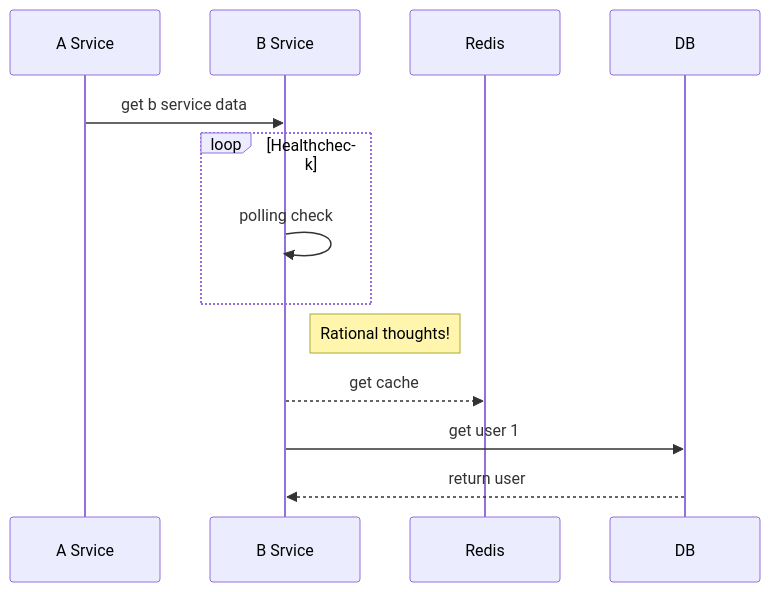
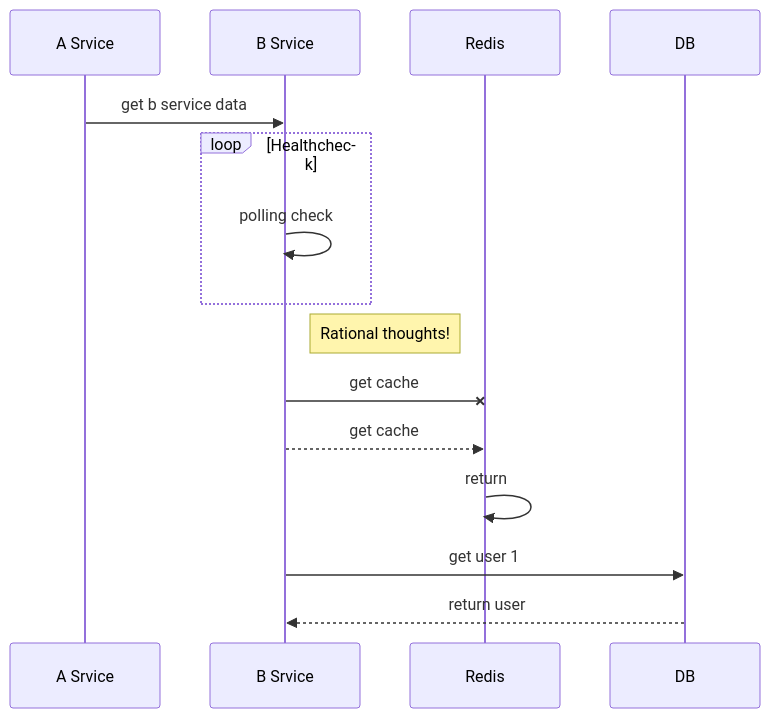
Before and after one commit to angelo0217/note_knowlage: the third of 4 diagrams in FlowSample.md, drawn with Mermaid.

Commit message:
add chat sample

````diff
--- a/FlowSample.md
+++ b/FlowSample.md
@@ -22,11 +22,13 @@
 ```mermaid
 sequenceDiagram
   A Srvice->>B Srvice: get b service data
   loop Healthcheck
       B Srvice->>B Srvice: polling check
   end
   Note right of B Srvice: Rational thoughts!
+  B Srvice-xRedis: get cache
   B Srvice-->>Redis: get cache
+  Redis ->> Redis: return
   B Srvice->>DB: get user 1
   DB-->>B Srvice: return user
 ```
````
